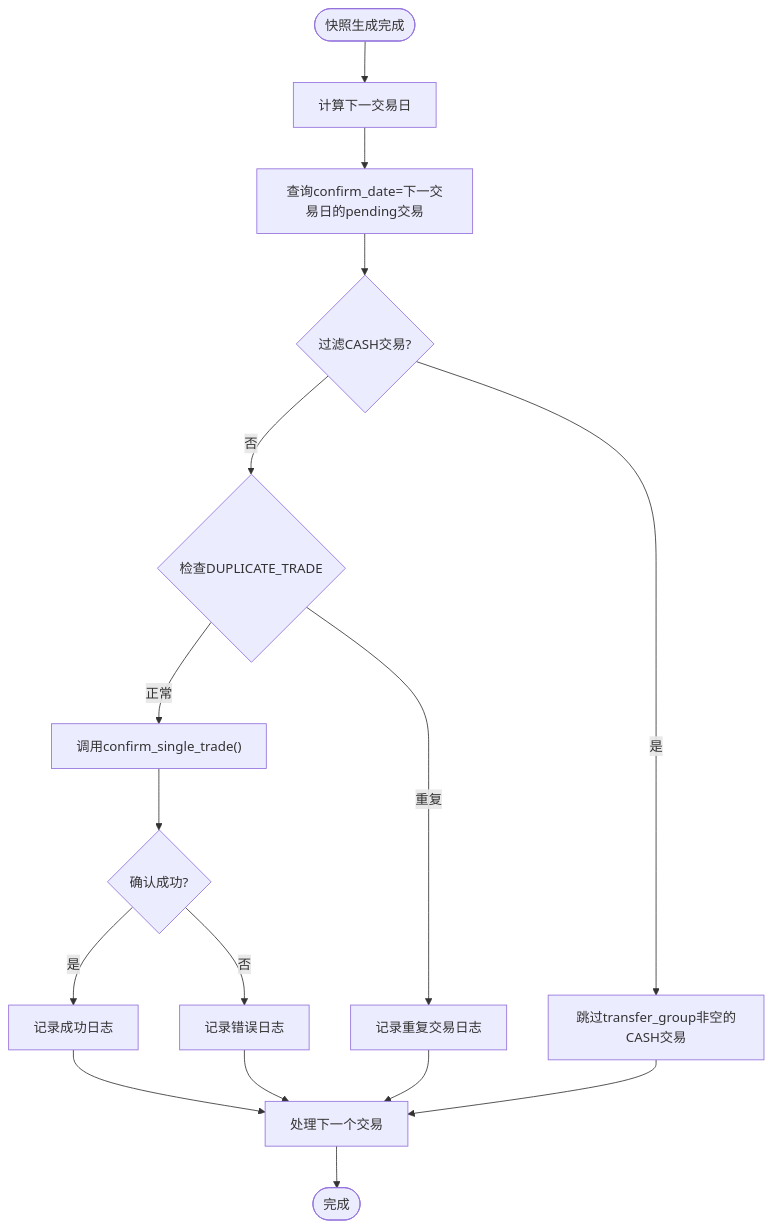
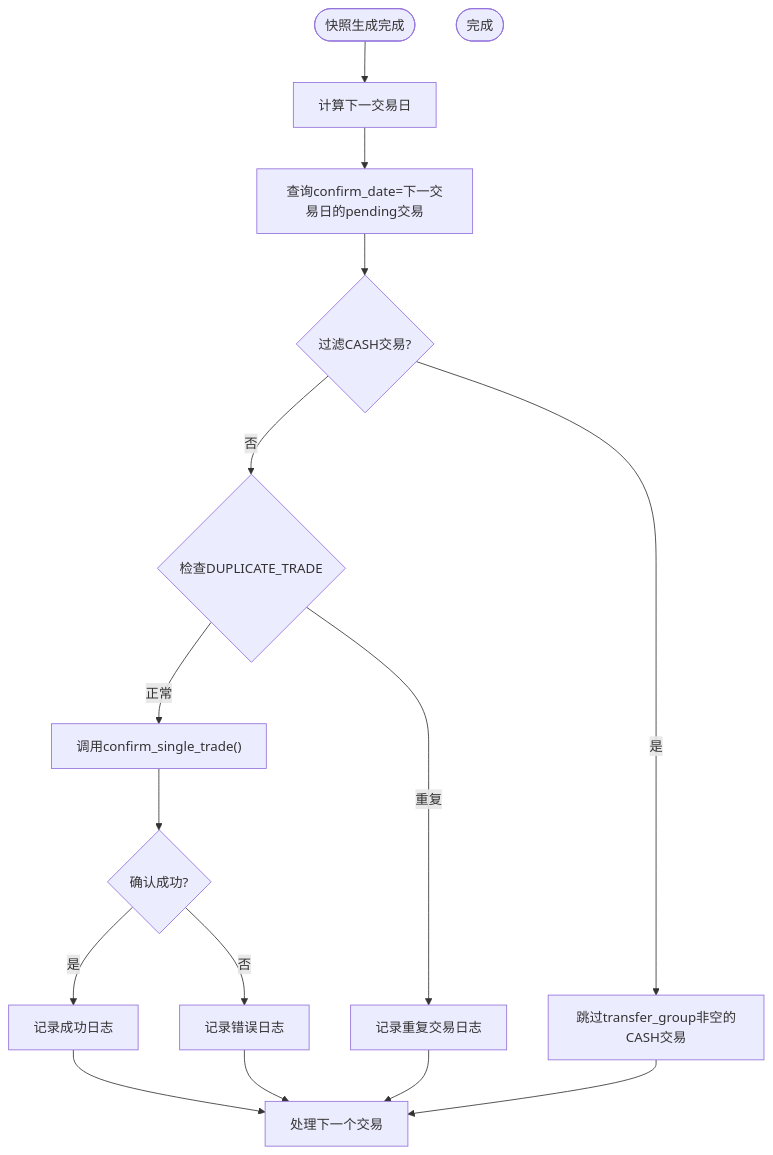
The sixth of 16 diagrams in .qoder/repowiki/zh/content/核心业务功能/交易处理.md (gujialind/InvestRing), drawn with Mermaid before and after one commit. The commit also changed other lines of this file and 32 other files, not shown here.

````diff
--- a/.qoder/repowiki/zh/content/核心业务功能/交易处理.md
+++ b/.qoder/repowiki/zh/content/核心业务功能/交易处理.md
@@ -352,18 +353,18 @@
 ```mermaid
 flowchart TD
 Start(["快照生成完成"]) --> NextDay["计算下一交易日"]
 NextDay --> QueryPending["查询confirm_date=下一交易日的pending交易"]
 QueryPending --> FilterCASH{"过滤CASH交易?"}
 FilterCASH --> |是| Skip["跳过transfer_group非空的CASH交易"]
 FilterCASH --> |否| CheckDuplicate{"检查DUPLICATE_TRADE"}
 CheckDuplicate --> |重复| LogDup["记录重复交易日志"]
 CheckDuplicate --> |正常| ProcessTrade["调用confirm_single_trade()"]
 ProcessTrade --> Success{"确认成功?"}
 Success --> |是| LogSuccess["记录成功日志"]
 Success --> |否| LogError["记录错误日志"]
 LogSuccess --> NextTrade["处理下一个交易"]
 LogError --> NextTrade
 LogDup --> NextTrade
 Skip --> NextTrade
-NextTrade --> Done(["完成"])
+Done(["完成"])
 ```
````
